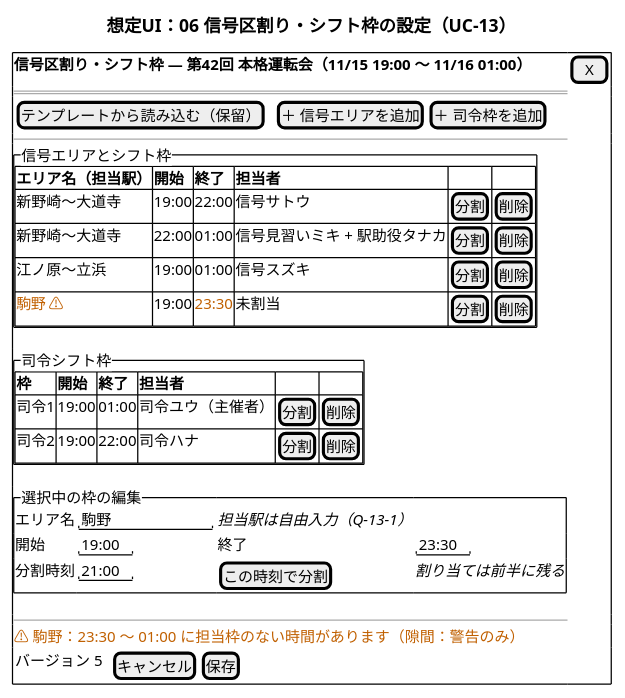
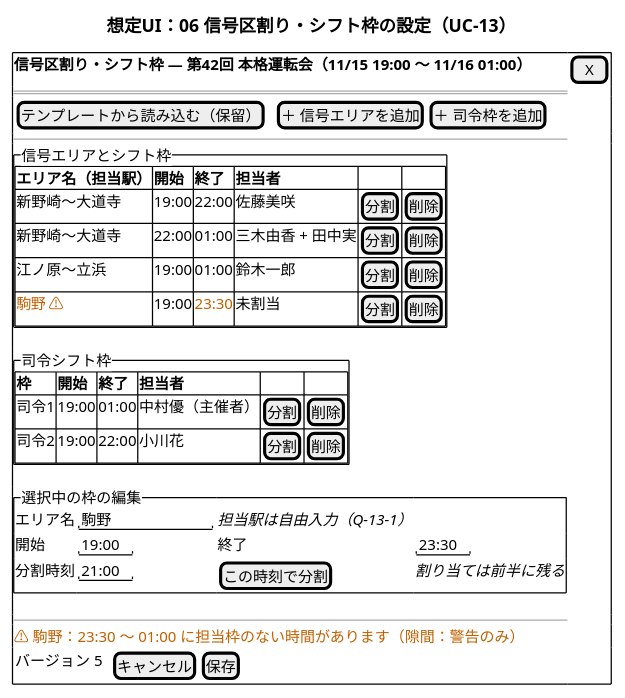
Before and after one commit to daidoji-traincrew-office/Tatehama_shukkindai: the diagram in Docs/diagrams/ui/06_信号区割りシフト枠.puml, drawn with PlantUML. The commit also changed 34 other files, not shown here.

```diff
--- a/Docs/diagrams/ui/06_信号区割りシフト枠.puml
+++ b/Docs/diagrams/ui/06_信号区割りシフト枠.puml
@@ -1,40 +1,40 @@
 @startsalt ui-06
 skinparam defaultFontName "Yu Gothic UI"
 title 想定UI：06 信号区割り・シフト枠の設定（UC-13）
 {
   {+
     <b>信号区割り・シフト枠 ― 第42回 本格運転会（11/15 19:00 ～ 11/16 01:00）   | [ X ]
     ==
     {
       [テンプレートから読み込む（保留）] | . | [＋ 信号エリアを追加] | [＋ 司令枠を追加]
     }
     --
     {^"信号エリアとシフト枠"
       {#
         <b>エリア名（担当駅） | <b>開始 | <b>終了 | <b>担当者 | . | .
-        新野崎～大道寺 | 19:00 | 22:00 | 信号サトウ | [分割] | [削除]
-        新野崎～大道寺 | 22:00 | 01:00 | 信号見習いミキ + 駅助役タナカ | [分割] | [削除]
-        江ノ原～立浜 | 19:00 | 01:00 | 信号スズキ | [分割] | [削除]
+        新野崎～大道寺 | 19:00 | 22:00 | 佐藤美咲 | [分割] | [削除]
+        新野崎～大道寺 | 22:00 | 01:00 | 三木由香 + 田中実 | [分割] | [削除]
+        江ノ原～立浜 | 19:00 | 01:00 | 鈴木一郎 | [分割] | [削除]
         <color:#C06000>駒野 ⚠</color> | 19:00 | <color:#C06000>23:30</color> | 未割当 | [分割] | [削除]
       }
     }
     {^"司令シフト枠"
       {#
         <b>枠 | <b>開始 | <b>終了 | <b>担当者 | . | .
-        司令1 | 19:00 | 01:00 | 司令ユウ（主催者） | [分割] | [削除]
-        司令2 | 19:00 | 22:00 | 司令ハナ | [分割] | [削除]
+        司令1 | 19:00 | 01:00 | 中村優（主催者） | [分割] | [削除]
+        司令2 | 19:00 | 22:00 | 小川花 | [分割] | [削除]
       }
     }
     {^"選択中の枠の編集"
       エリア名 | "駒野           " | <i>担当駅は自由入力（Q-13-1）</i>
       開始 | "19:00" | 終了 | "23:30"
       分割時刻 | "21:00" | [この時刻で分割] | <i>割り当ては前半に残る</i>
     }
     --
     <color:#C06000>⚠ 駒野：23:30 ～ 01:00 に担当枠のない時間があります（隙間：警告のみ）</color>
     {
       バージョン 5 | . | [キャンセル] | [保存]
     }
   }
 }
 @endsalt
```
